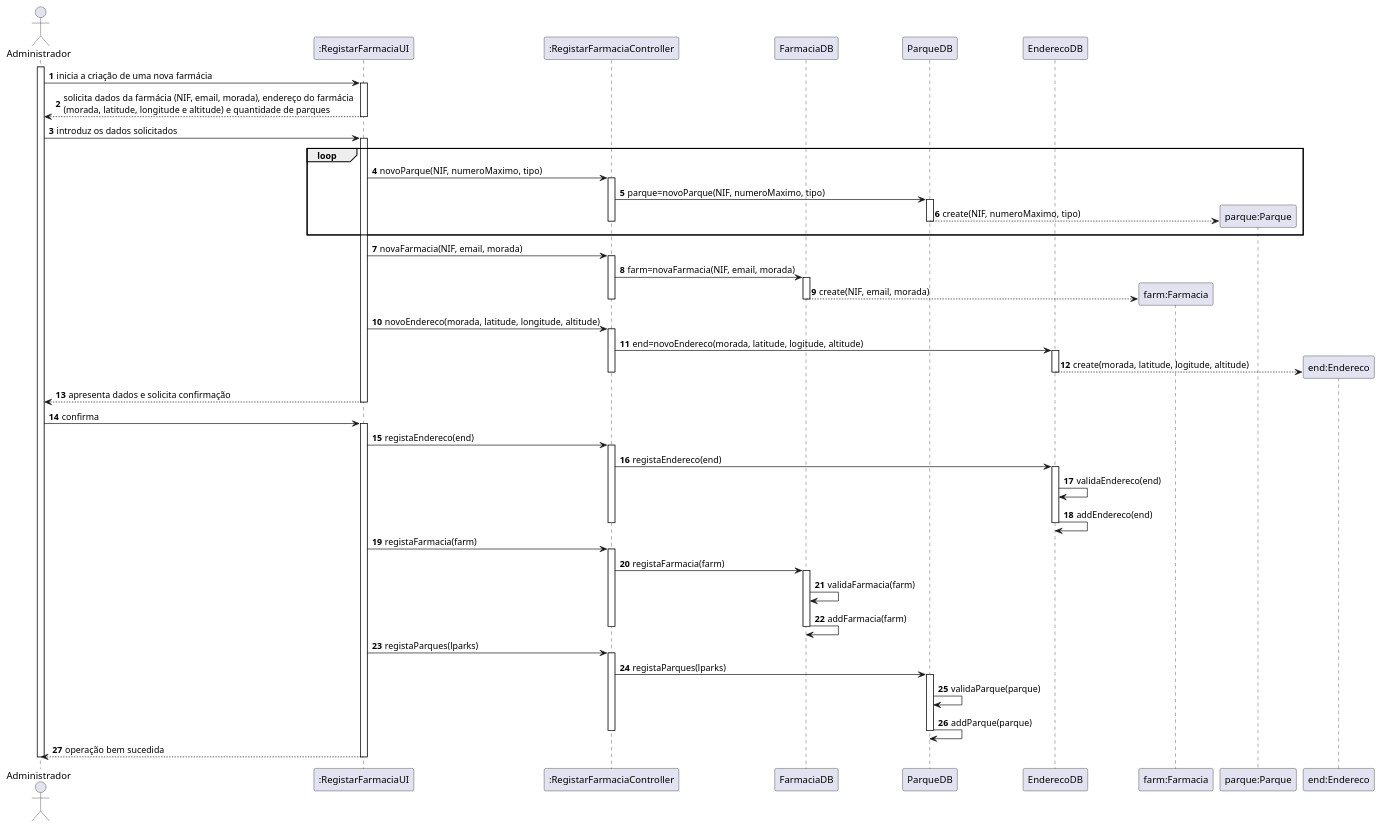
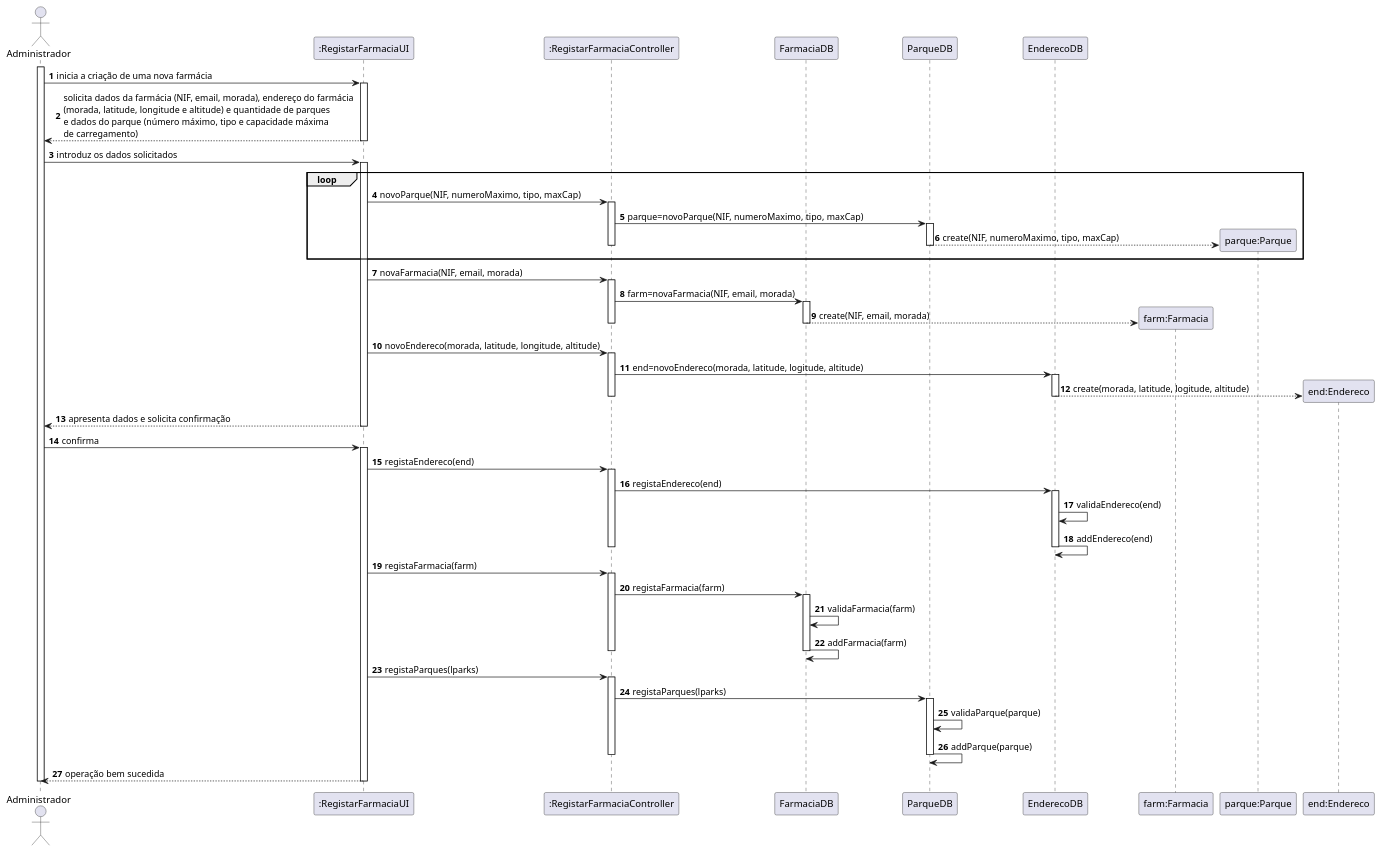
Before and after one commit to pedrolemos4/LAPR3: the diagram in docs/UC128/SD-REGISTAR FARMACIA.puml, drawn with PlantUML. The commit also changed 7 other files, not shown here.

```diff
--- a/docs/UC128/SD-REGISTAR FARMACIA.puml
+++ b/docs/UC128/SD-REGISTAR FARMACIA.puml
@@ -1,92 +1,92 @@
 @startuml
 autonumber
 actor "Administrador" as ADM
 
 participant ":RegistarFarmaciaUI" as UI
 participant ":RegistarFarmaciaController" as CTRL
 participant "FarmaciaDB" as DB
 participant "ParqueDB" as PDB
 participant "EnderecoDB" as EDB
 participant "farm:Farmacia" as FARMACIA
 participant "parque:Parque" as PQ
 participant "end:Endereco" as END
 
 activate ADM
 ADM -> UI : inicia a criação de uma nova farmácia
 activate UI
-UI --> ADM : solicita dados da farmácia (NIF, email, morada), endereço do farmácia \n(morada, latitude, longitude e altitude) e quantidade de parques
+UI --> ADM : solicita dados da farmácia (NIF, email, morada), endereço do farmácia \n(morada, latitude, longitude e altitude) e quantidade de parques \ne dados do parque (número máximo, tipo e capacidade máxima \nde carregamento)
 deactivate UI
 
 ADM -> UI : introduz os dados solicitados
 activate UI
 
 loop
-UI -> CTRL : novoParque(NIF, numeroMaximo, tipo)
+UI -> CTRL : novoParque(NIF, numeroMaximo, tipo, maxCap)
 activate CTRL
-CTRL -> PDB: parque=novoParque(NIF, numeroMaximo, tipo)
+CTRL -> PDB: parque=novoParque(NIF, numeroMaximo, tipo, maxCap)
 activate PDB
-PDB --> PQ ** : create(NIF, numeroMaximo, tipo)
+PDB --> PQ ** : create(NIF, numeroMaximo, tipo, maxCap)
 deactivate PDB
 deactivate CTRL
 end loop
 
 UI -> CTRL : novaFarmacia(NIF, email, morada)
 activate CTRL
 
 CTRL -> DB: farm=novaFarmacia(NIF, email, morada)
 activate DB
 DB --> FARMACIA ** : create(NIF, email, morada)
 deactivate DB
 deactivate CTRL
 
 UI -> CTRL : novoEndereco(morada, latitude, longitude, altitude)
 activate CTRL
 CTRL -> EDB: end=novoEndereco(morada, latitude, logitude, altitude)
 activate EDB
 EDB --> END ** : create(morada, latitude, logitude, altitude)
 deactivate EDB
 deactivate CTRL
 
 UI --> ADM : apresenta dados e solicita confirmação
 deactivate UI
 
 ADM -> UI : confirma
 activate UI
 
 UI -> CTRL: registaEndereco(end)
 activate CTRL
 CTRL ->EDB: registaEndereco(end)
 activate EDB
 EDB -> EDB: validaEndereco(end)
 EDB -> EDB: addEndereco(end)
 
 deactivate EDB
 deactivate CTRL
 
 UI -> CTRL: registaFarmacia(farm)
 activate CTRL
 CTRL ->DB: registaFarmacia(farm)
 activate DB
 DB -> DB: validaFarmacia(farm)
 DB -> DB: addFarmacia(farm)
 
 deactivate DB
 deactivate CTRL
 
 
 UI -> CTRL: registaParques(lparks)
 activate CTRL
 CTRL ->PDB: registaParques(lparks)
 activate PDB
 PDB -> PDB: validaParque(parque)
 PDB -> PDB: addParque(parque)
 
 deactivate PDB
 deactivate CTRL
 
 UI --> ADM : operação bem sucedida
 deactivate UI
 
 deactivate ADM
 
 @enduml
```
